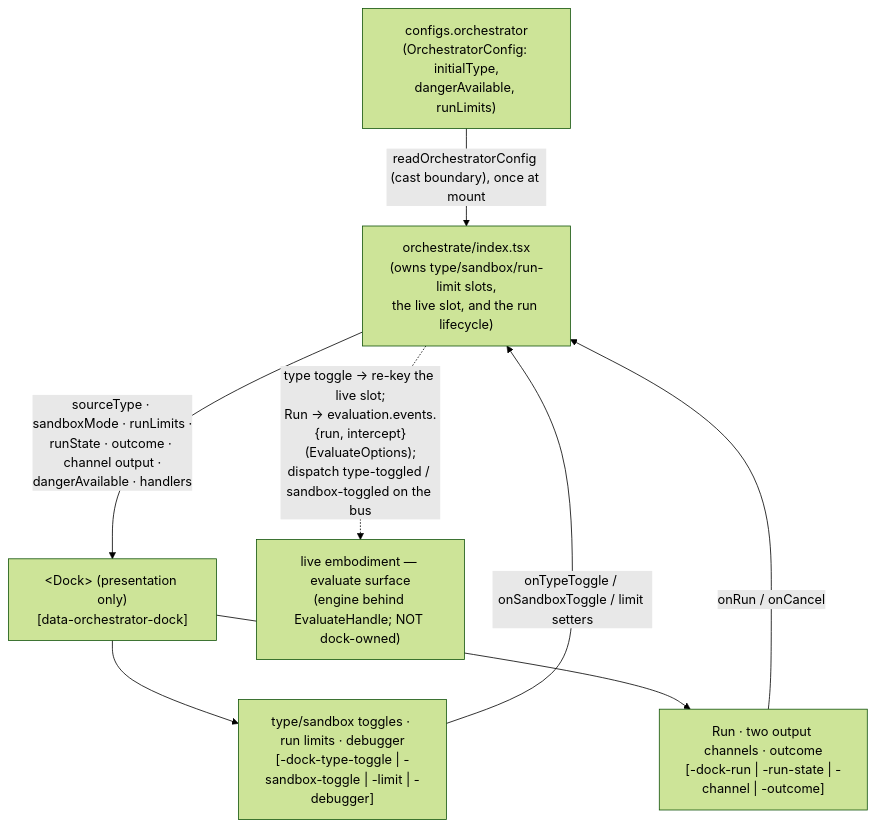
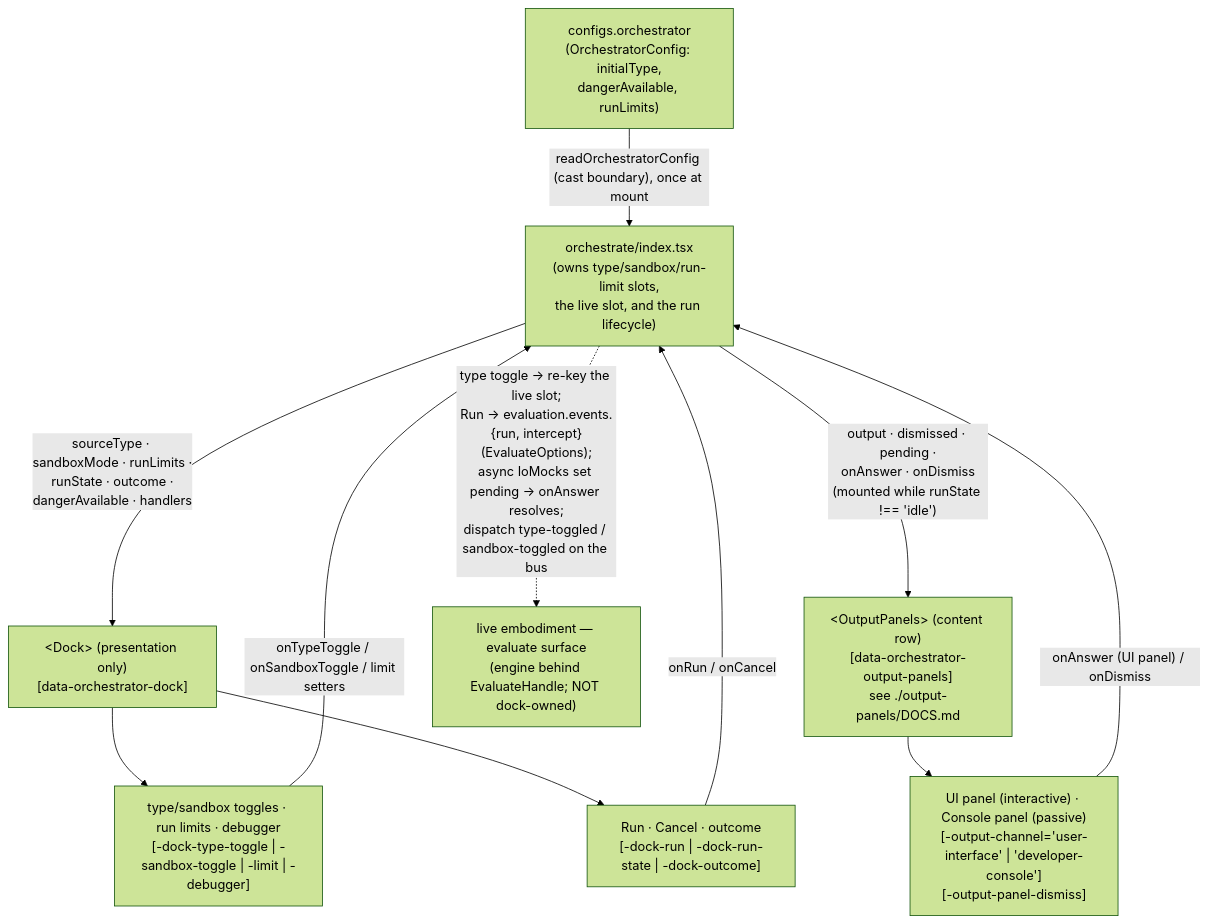
One commit to codeschoolinabox/curricula changed the ninth of 10 diagrams in src/lib/study-lenses/orchestrate/DOCS.md. Above: the diagram before and after it, drawn with Mermaid (forest theme). The commit also changed other lines of this file and 3 other files, not shown here.

First line of the commit message:
orchestrate: region above the active surface + wire run interactivity (inc 2, 4-6)

````diff
--- a/src/lib/study-lenses/orchestrate/DOCS.md
+++ b/src/lib/study-lenses/orchestrate/DOCS.md
@@ -655,12 +667,15 @@
 ```mermaid
 flowchart TD
     Config["configs.orchestrator<br/>(OrchestratorConfig: initialType,<br/>dangerAvailable, runLimits)"]
     Config -->|"readOrchestratorConfig (cast boundary), once at mount"| Orch
     Orch["orchestrate/index.tsx<br/>(owns type/sandbox/run-limit slots,<br/>the live slot, and the run lifecycle)"]
-    Orch -->|"sourceType · sandboxMode · runLimits ·<br/>runState · outcome · channel output ·<br/>dangerAvailable · handlers"| Dock["&lt;Dock&gt; (presentation only)<br/>[data-orchestrator-dock]"]
+    Orch -->|"sourceType · sandboxMode · runLimits ·<br/>runState · outcome ·<br/>dangerAvailable · handlers"| Dock["&lt;Dock&gt; (presentation only)<br/>[data-orchestrator-dock]"]
+    Orch -->|"output · dismissed · pending ·<br/>onAnswer · onDismiss<br/>(mounted while runState !== 'idle')"| Panels["&lt;OutputPanels&gt; (content row)<br/>[data-orchestrator-output-panels]<br/>see ./output-panels/DOCS.md"]
     Dock --> Controls["type/sandbox toggles · run limits · debugger<br/>[-dock-type-toggle | -sandbox-toggle | -limit | -debugger]"]
-    Dock --> Out["Run · two output channels · outcome<br/>[-dock-run | -run-state | -channel | -outcome]"]
+    Dock --> Out["Run · Cancel · outcome<br/>[-dock-run | -dock-run-state | -dock-outcome]"]
+    Panels --> Chans["UI panel (interactive) · Console panel (passive)<br/>[-output-channel='user-interface' | 'developer-console']<br/>[-output-panel-dismiss]"]
     Controls -->|"onTypeToggle / onSandboxToggle / limit setters"| Orch
     Out -->|"onRun / onCancel"| Orch
-    Orch -.->|"type toggle → re-key the live slot;<br/>Run → evaluation.events.{run, intercept}(EvaluateOptions);<br/>dispatch type-toggled / sandbox-toggled on the bus"| Eval["live embodiment — evaluate surface<br/>(engine behind EvaluateHandle; NOT dock-owned)"]
+    Chans -->|"onAnswer (UI panel) / onDismiss"| Orch
+    Orch -.->|"type toggle → re-key the live slot;<br/>Run → evaluation.events.{run, intercept}(EvaluateOptions);<br/>async IoMocks set pending → onAnswer resolves;<br/>dispatch type-toggled / sandbox-toggled on the bus"| Eval["live embodiment — evaluate surface<br/>(engine behind EvaluateHandle; NOT dock-owned)"]
 ```
````
